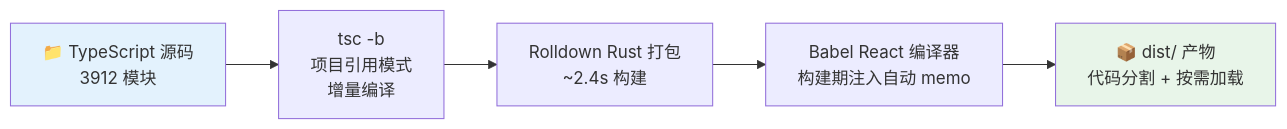
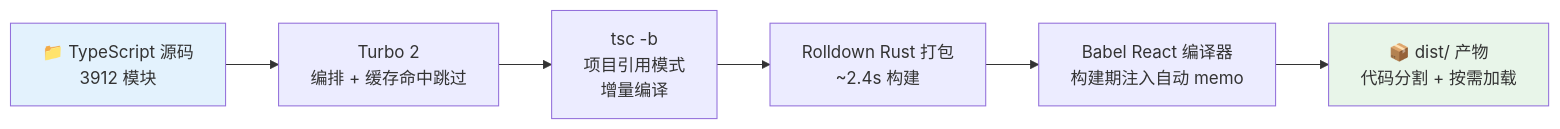
Diagram 30 of 49 in docs/S4-面试冲刺/00-面试技术亮点汇总.md (KMaybe01/interview-demo), drawn with Mermaid before and after one commit. The commit also changed other lines of this file and 22 other files, not shown here.

````diff
--- a/docs/S4-面试冲刺/00-面试技术亮点汇总.md
+++ b/docs/S4-面试冲刺/00-面试技术亮点汇总.md
@@ -4529,10 +5034,11 @@
 ```mermaid
 graph LR
-    SRC["📁 TypeScript 源码<br/>3912 模块"] --> TSC["tsc -b<br/>项目引用模式<br/>增量编译"]
+    SRC["📁 TypeScript 源码<br/>3912 模块"] --> TURBO["Turbo 2<br/>编排 + 缓存命中跳过"]
+    TURBO --> TSC["tsc -b<br/>项目引用模式<br/>增量编译"]
     TSC --> ROLLDOWN["Rolldown Rust 打包<br/>~2.4s 构建"]
     ROLLDOWN --> BABEL["Babel React 编译器<br/>构建期注入自动 memo"]
     BABEL --> DIST["📦 dist/ 产物<br/>代码分割 + 按需加载"]
 
     style SRC fill:#e3f2fd
     style DIST fill:#e8f5e9
 ```
````
